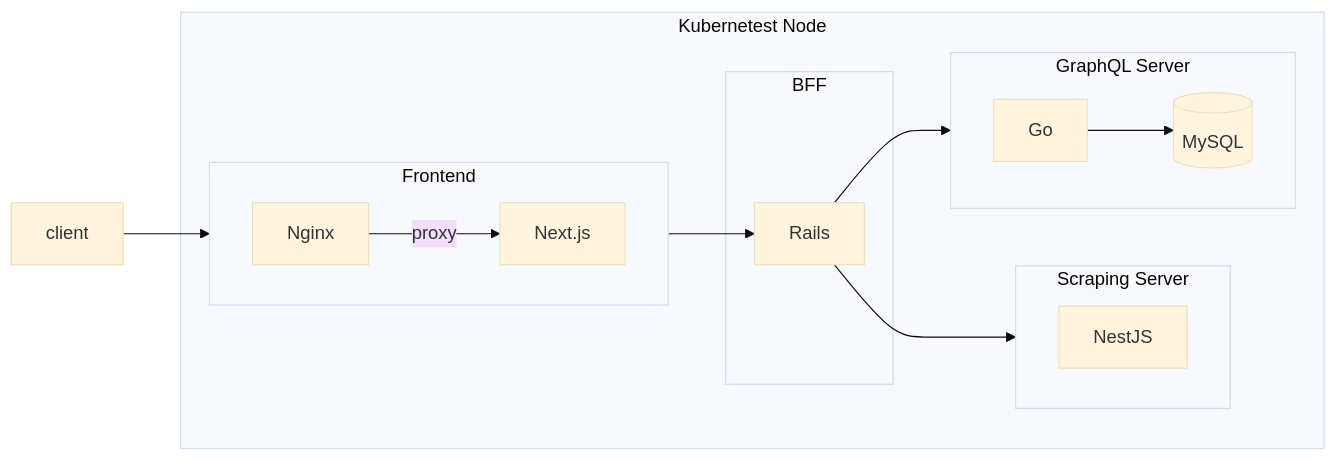
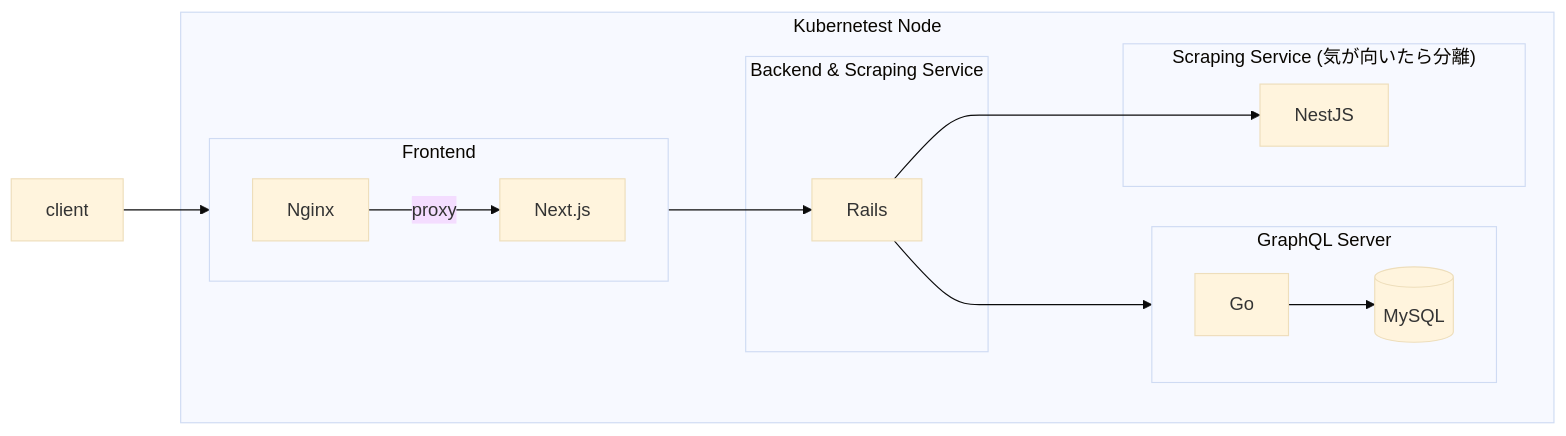
The diagram in README.md (kuroweb/price-monitoring), drawn with Mermaid (base theme) before and after one commit. The commit also changed other lines of this file, not shown here.

Commit message:
docs: README更新

````diff
--- a/README.md
+++ b/README.md
@@ -34,38 +34,36 @@
 ```mermaid
 flowchart LR
 subgraph Kubernetest Node
   subgraph Frontend
     direction LR
 
     Nginx
     Next.js
 
     Nginx--proxy-->Next.js
   end
 
-  subgraph BFF
+  subgraph Backend & Scraping Service
     Rails
-  end
-
-  subgraph Scraping Server
-    direction LR
-
-    NestJS
   end
 
   subgraph GraphQL Server
     direction LR
 
     Go
     MySQL[(MySQL)]
 
     Go-->MySQL
   end
 
-  Next.js-->Rails
-  Rails-->NestJS
-  Rails-->Go
+  subgraph "Scraping Service (気が向いたら分離)"
+    NestJS
+  end
+
+  Next.js--->Rails
+  Rails---->NestJS
+  Rails---->Go
 end
 
 client-->Nginx
 ```
````
